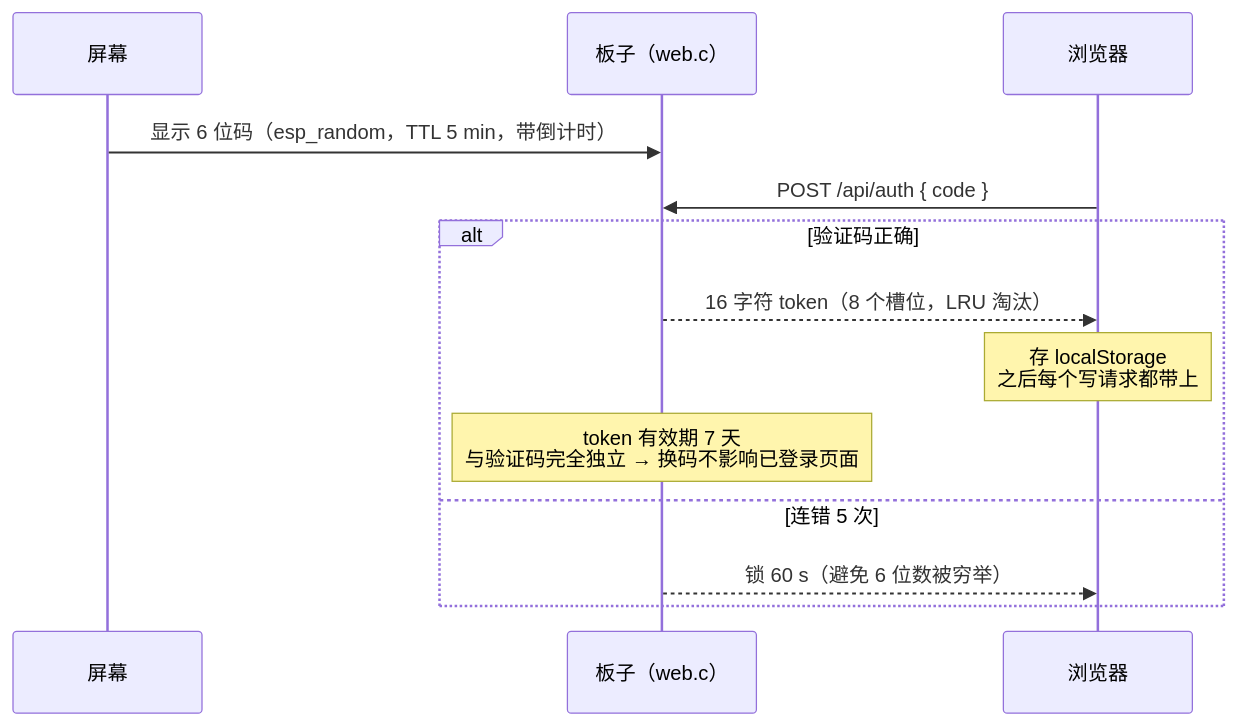
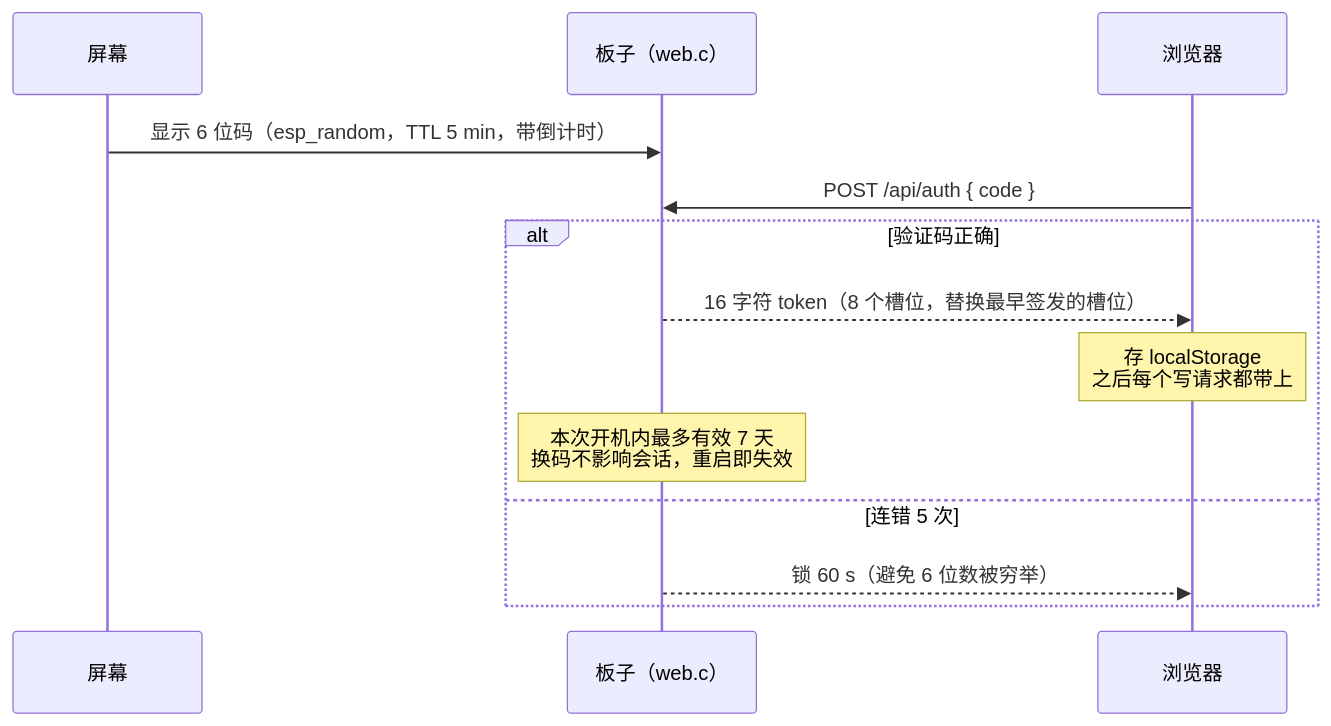
Before and after one commit to Tommie-P-xl/esp32s3-netkeeper: the sixth of 7 diagrams in README.md, drawn with Mermaid. The commit also changed other lines of this file and 35 other files, not shown here.

````diff
--- a/README.md
+++ b/README.md
@@ -847,16 +896,16 @@
 ```mermaid
 sequenceDiagram
     participant S as 屏幕
     participant B as 板子（web.c）
     participant W as 浏览器
 
     S->>B: 显示 6 位码（esp_random，TTL 5 min，带倒计时）
     W->>B: POST /api/auth  { code }
     alt 验证码正确
-        B-->>W: 16 字符 token（8 个槽位，LRU 淘汰）
+        B-->>W: 16 字符 token（8 个槽位，替换最早签发的槽位）
         Note over W: 存 localStorage<br/>之后每个写请求都带上
-        Note over B: token 有效期 7 天<br/>与验证码完全独立 → 换码不影响已登录页面
+        Note over B: 本次开机内最多有效 7 天<br/>换码不影响会话，重启即失效
     else 连错 5 次
         B-->>W: 锁 60 s（避免 6 位数被穷举）
     end
 ```
````
